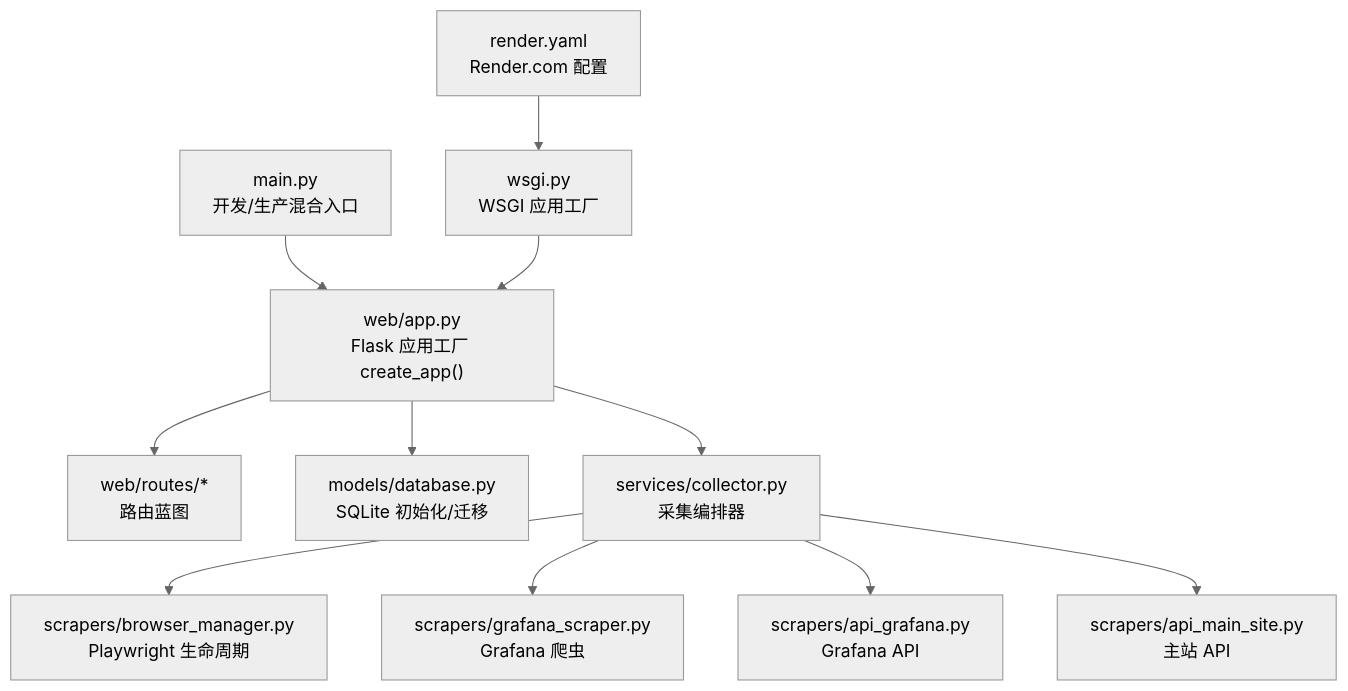
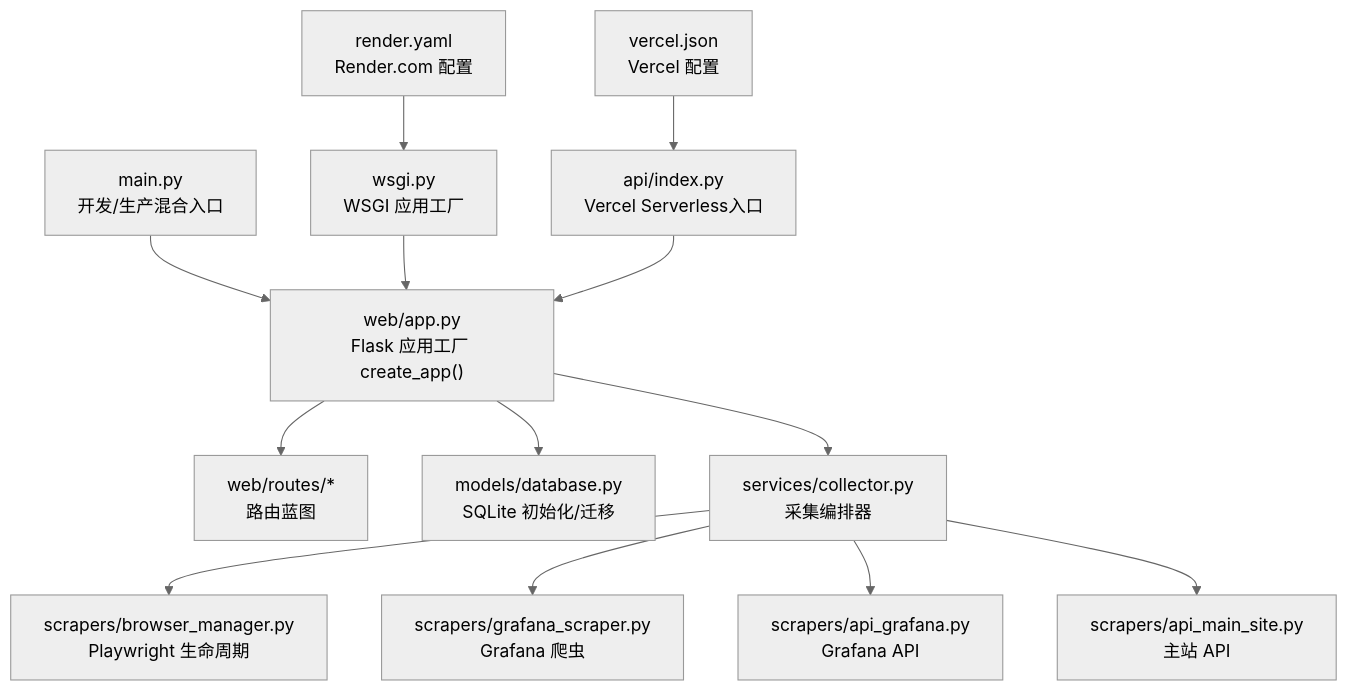
The first of 4 diagrams in .qoder/repowiki/zh/content/部署运维/部署运维.md (oreovan567-pixel/middle-platform-data-collector), drawn with Mermaid (neutral theme) before and after one commit. The commit also changed other lines of this file and 9 other files, not shown here.

````diff
--- a/.qoder/repowiki/zh/content/部署运维/部署运维.md
+++ b/.qoder/repowiki/zh/content/部署运维/部署运维.md
@@ -62,13 +65,15 @@
 ```mermaid
 graph TB
 A["main.py<br/>开发/生产混合入口"] --> B["web/app.py<br/>Flask 应用工厂 create_app()"]
 C["wsgi.py<br/>WSGI 应用工厂"] --> B
-D["render.yaml<br/>Render.com 配置"] --> C
-B --> E["web/routes/*<br/>路由蓝图"]
-B --> F["models/database.py<br/>SQLite 初始化/迁移"]
-B --> G["services/collector.py<br/>采集编排器"]
-G --> H["scrapers/browser_manager.py<br/>Playwright 生命周期"]
-G --> I["scrapers/grafana_scraper.py<br/>Grafana 爬虫"]
-G --> J["scrapers/api_grafana.py<br/>Grafana API"]
-G --> K["scrapers/api_main_site.py<br/>主站 API"]
+D["api/index.py<br/>Vercel Serverless入口"] --> B
+E["render.yaml<br/>Render.com 配置"] --> C
+F["vercel.json<br/>Vercel 配置"] --> D
+B --> G["web/routes/*<br/>路由蓝图"]
+B --> H["models/database.py<br/>SQLite 初始化/迁移"]
+B --> I["services/collector.py<br/>采集编排器"]
+I --> J["scrapers/browser_manager.py<br/>Playwright 生命周期"]
+I --> K["scrapers/grafana_scraper.py<br/>Grafana 爬虫"]
+I --> L["scrapers/api_grafana.py<br/>Grafana API"]
+I --> M["scrapers/api_main_site.py<br/>主站 API"]
 ```
````
